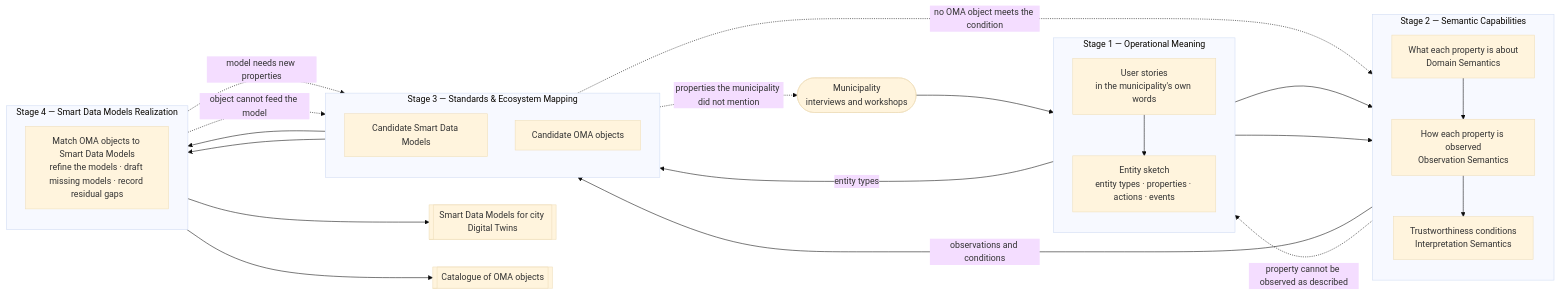
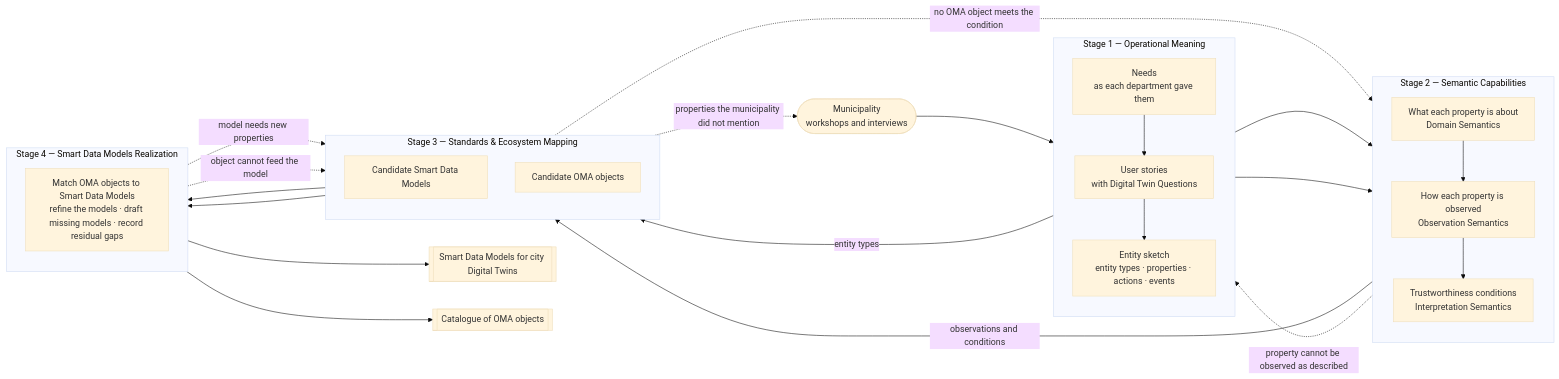
Before and after one commit to smartcities-sig/smartcities-sig: the second of 2 diagrams in methodology/core-methodology/methodology-overview.md, drawn with Mermaid (base theme). The commit also changed other lines of this file and 2 other files, not shown here.

First line of the commit message:
Overview and worksheet: stage table with inputs, workshops, Proof of Concept

````diff
--- a/methodology/core-methodology/methodology-overview.md
+++ b/methodology/core-methodology/methodology-overview.md
@@ -126,48 +130,49 @@
 ```mermaid
 %%{init: {'flowchart': {'curve': 'basis', 'htmlLabels': true}}}%%
 flowchart LR
-    CITY(["Municipality<br/>interviews and workshops"])
+    CITY(["Municipality<br/>workshops and interviews"])
 
     subgraph S1["Stage 1 — Operational Meaning"]
         direction TB
-        A1["User stories<br/>in the municipality's own words"]
+        N1["Needs<br/>as each department gave them"]
+        A1["User stories<br/>with Digital Twin Questions"]
         B1["Entity sketch<br/>entity types · properties · actions · events"]
     end
 
     subgraph S2["Stage 2 — Semantic Capabilities"]
         direction TB
         D2["What each property is about<br/>Domain Semantics"]
         C2["How each property is observed<br/>Observation Semantics"]
         C3["Trustworthiness conditions<br/>Interpretation Semantics"]
     end
 
     subgraph S3["Stage 3 — Standards & Ecosystem Mapping"]
         direction TB
         E1["Candidate Smart Data Models"]
         E4["Candidate OMA objects"]
     end
 
     subgraph S4["Stage 4 — Smart Data Models Realization"]
         direction TB
         F1["Match OMA objects to Smart Data Models<br/>refine the models · draft missing models · record residual gaps"]
     end
 
     OUT1[["Smart Data Models for city Digital Twins"]]
     OUT2[["Catalogue of OMA objects"]]
 
-    CITY --> A1 --> B1
+    CITY --> N1 --> A1 --> B1
     A1 --> D2
     B1 --> D2 --> C2 --> C3
     B1 -- "entity types" --> E1
     C3 -- "observations and conditions" --> E4
     E1 --> F1
     E4 --> F1
     F1 --> OUT1
     F1 --> OUT2
 
     C2 -. "property cannot be observed as described" .-> B1
     E1 -. "properties the municipality did not mention" .-> CITY
     E4 -. "no OMA object meets the condition" .-> C3
     F1 -. "model needs new properties" .-> E1
     F1 -. "object cannot feed the model" .-> E4
 ```
````
